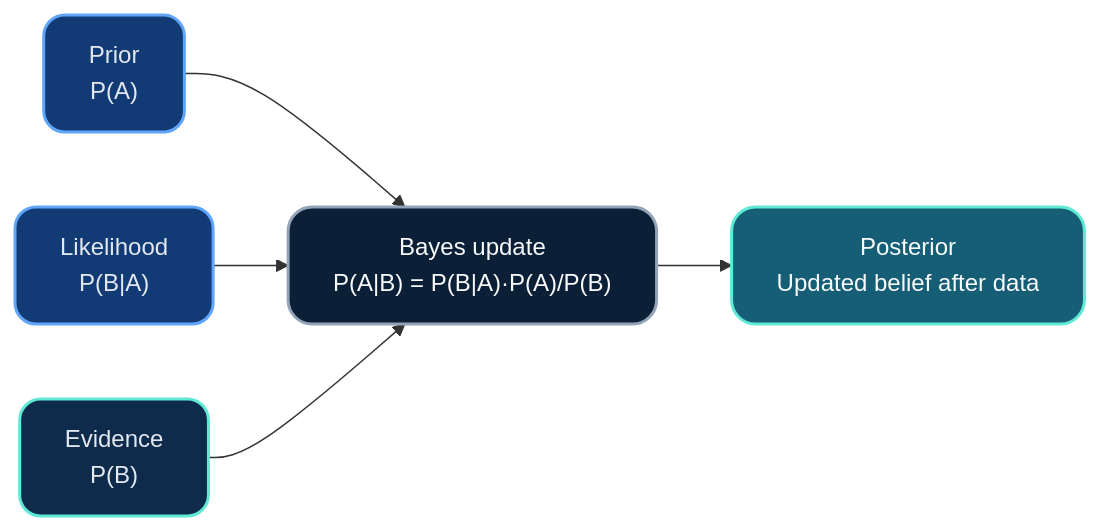
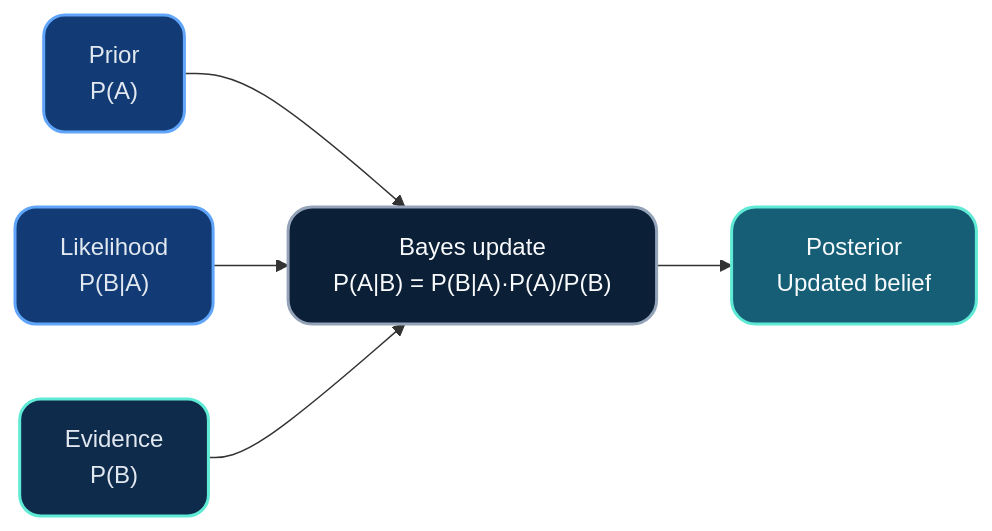
The first of 6 diagrams in lectures/content/slides/L9_Probability_and_Statistics.md (MindaugasSarpis/CERN_lessons_on_data_analysis), drawn with Mermaid before and after one commit. The commit also changed other lines of this file, not shown here.

````diff
--- a/lectures/content/slides/L9_Probability_and_Statistics.md
+++ b/lectures/content/slides/L9_Probability_and_Statistics.md
@@ -503,22 +427,22 @@
 ```mermaid
 %%{init: {'theme': 'dark', 'themeVariables': {
   'primaryColor': '#0b2540',
   'primaryBorderColor': '#60a5fa',
   'primaryTextColor': '#e2e8f0',
   'secondaryColor': '#102e4c',
   'tertiaryColor': '#143860',
   'lineColor': '#5eead4',
   'fontFamily': 'Inter, Segoe UI, sans-serif'
-}, 'flowchart': {'curve': 'basis', 'htmlLabels': true, 'nodeSpacing': 60, 'rankSpacing': 70}}%%
+}, 'flowchart': {'curve': 'basis', 'htmlLabels': true, 'nodeSpacing': 40, 'rankSpacing': 50}}%%
 flowchart LR
     Prior["Prior<br/>P(A)"]:::input --> Update
     Likelihood["Likelihood<br/>P(B|A)"]:::input --> Update
     Evidence["Evidence<br/>P(B)"]:::support --> Update
     Update["Bayes update<br/>P(A|B) = P(B|A)·P(A)/P(B)"]:::process --> Posterior
-    Posterior["Posterior<br/>Updated belief after data"]:::output
+    Posterior["Posterior<br/>Updated belief"]:::output
 
     classDef input fill:#123b75,stroke:#60a5fa,stroke-width:2px,color:#e2e8f0,rx:14px,ry:14px;
     classDef support fill:#0f2b4c,stroke:#5eead4,stroke-width:2px,color:#e2e8f0,rx:14px,ry:14px;
     classDef process fill:#0b1f36,stroke:#94a3b8,stroke-width:2px,color:#f8fafc,rx:16px,ry:16px;
     classDef output fill:#155e75,stroke:#5eead4,stroke-width:2px,color:#f8fafc,rx:16px,ry:16px;
 ```
````
